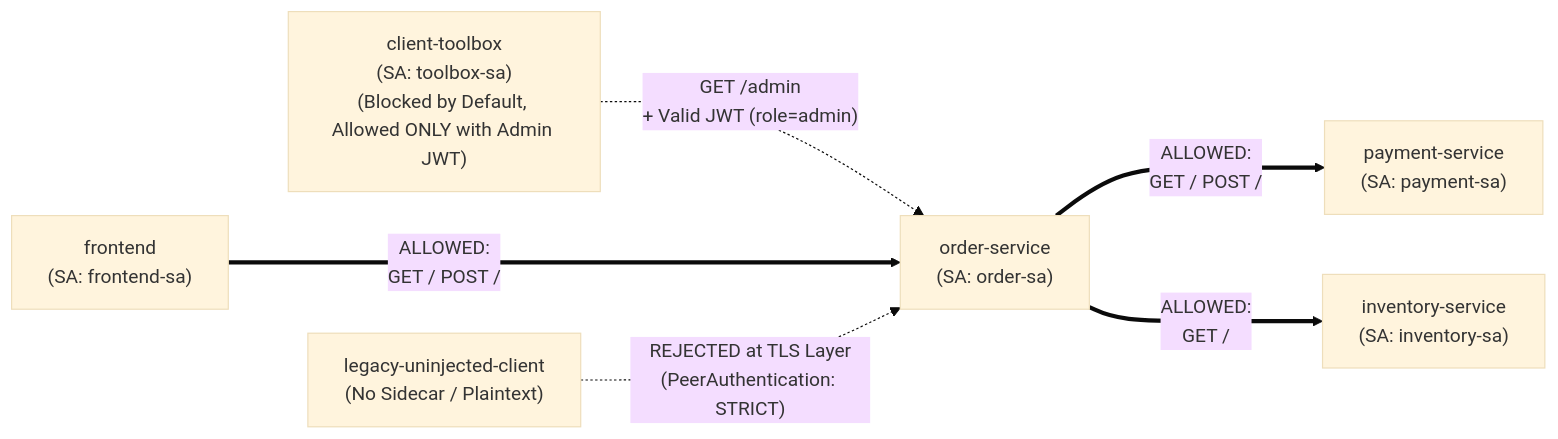
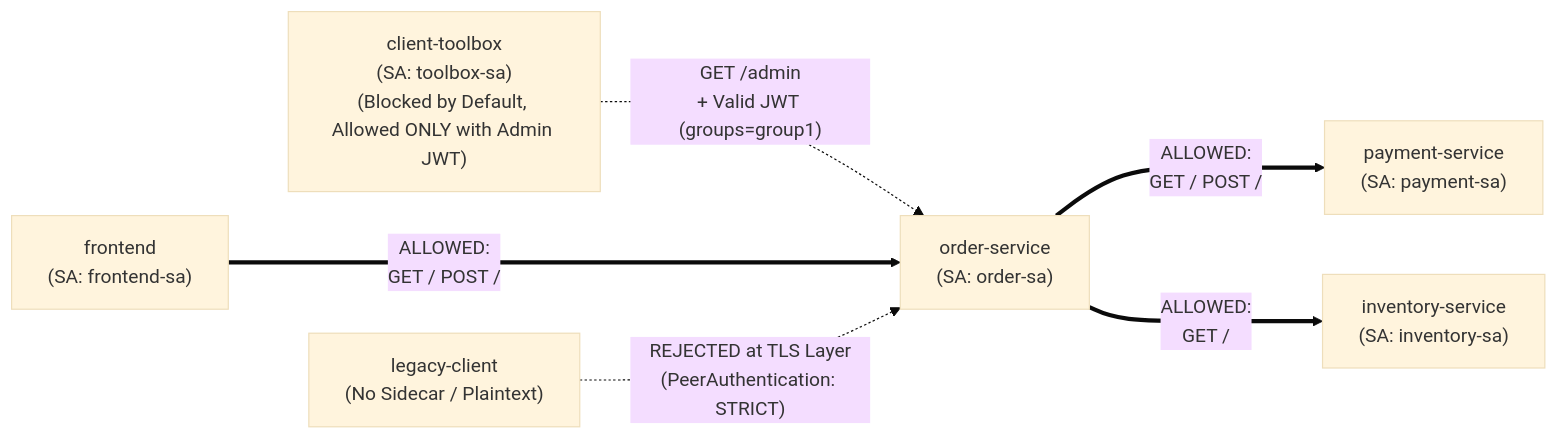
One commit to chan3845/Istio changed the diagram in 04-security-mtls-and-authz/LAB.md. Above: the diagram before and after it, drawn with Mermaid (base theme). The commit also changed other lines of this file and 56 other files, not shown here.

````diff
--- a/04-security-mtls-and-authz/LAB.md
+++ b/04-security-mtls-and-authz/LAB.md
@@ -29,11 +39,11 @@
 ```mermaid
 flowchart LR
-    Toolbox["client-toolbox<br/>(SA: toolbox-sa)<br/>(Blocked by Default, Allowed ONLY with Admin JWT)"] -.->|"GET /admin<br/>+ Valid JWT (role=admin)"| Order["order-service<br/>(SA: order-sa)"]
+    Toolbox["client-toolbox<br/>(SA: toolbox-sa)<br/>(Blocked by Default, Allowed ONLY with Admin JWT)"] -.->|"GET /admin<br/>+ Valid JWT (groups=group1)"| Order["order-service<br/>(SA: order-sa)"]
     
     Frontend["frontend<br/>(SA: frontend-sa)"] ===>|"ALLOWED:<br/>GET / POST /"| Order
     
     Order ===>|"ALLOWED:<br/>GET / POST /"| Payment["payment-service<br/>(SA: payment-sa)"]
     Order ===>|"ALLOWED:<br/>GET /"| Inventory["inventory-service<br/>(SA: inventory-sa)"]
 
-    LegacyPod["legacy-uninjected-client<br/>(No Sidecar / Plaintext)"] -.->|"REJECTED at TLS Layer<br/>(PeerAuthentication: STRICT)"| Order
+    LegacyPod["legacy-client<br/>(No Sidecar / Plaintext)"] -.->|"REJECTED at TLS Layer<br/>(PeerAuthentication: STRICT)"| Order
 ```
````
